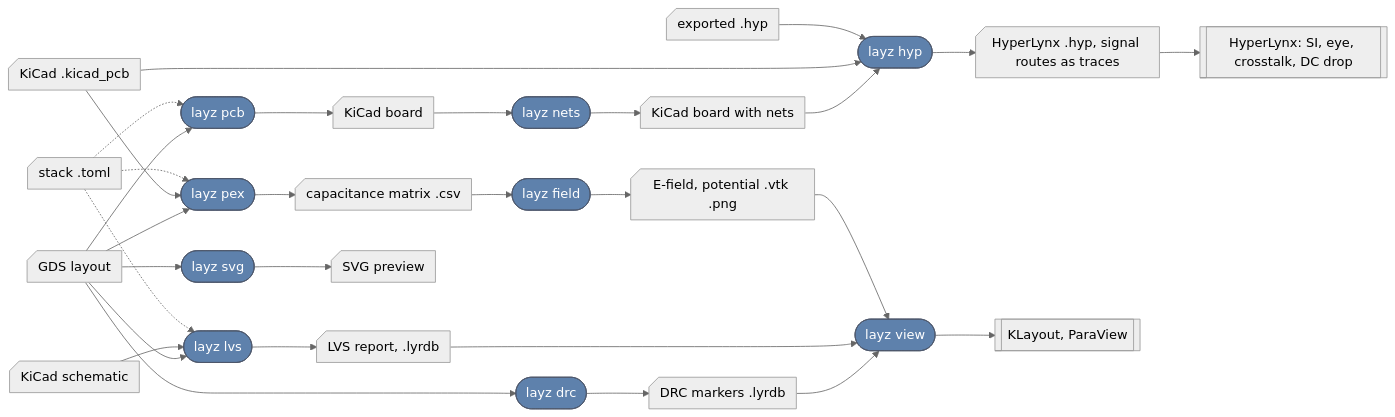
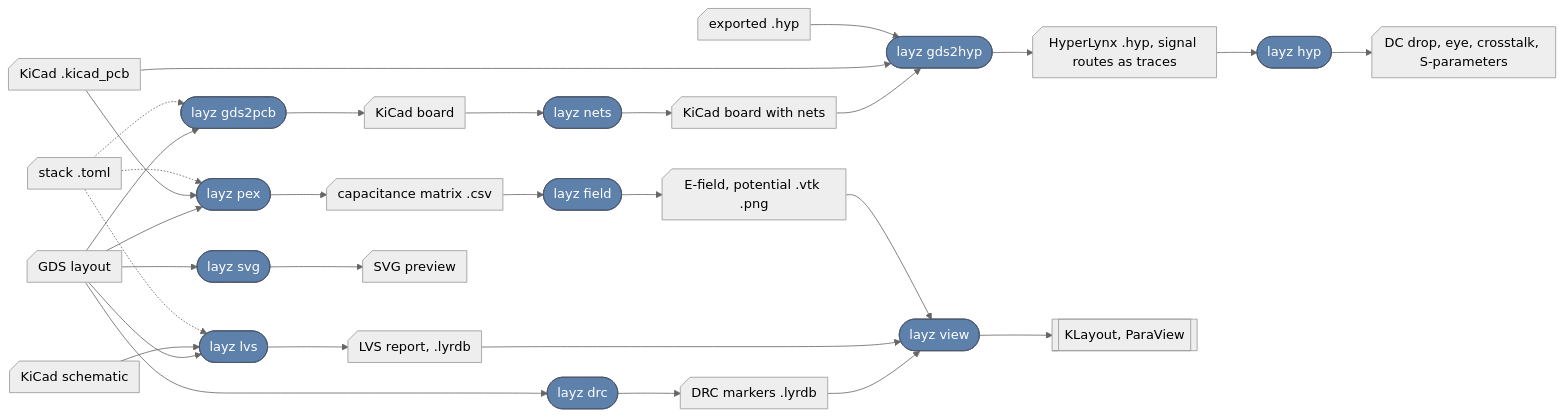
One commit to SiLab-Bonn/layz changed the diagram in readme.md. Above: the diagram before and after it, drawn with Mermaid (neutral theme). The commit also changed other lines of this file and 28 other files, not shown here.

First line of the commit message:
HyperLynx in layz: layz hyp runs a design's targets (setup, info, dc, si, sparams); converters become gds2pcb and gds2hyp

````diff
--- a/readme.md
+++ b/readme.md
@@ -23,42 +24,43 @@
 ```mermaid
 flowchart LR
     gds@{ shape: card, label: "GDS layout" }
     sch@{ shape: card, label: "KiCad schematic" }
     stack@{ shape: card, label: "stack .toml" }
     board@{ shape: card, label: "KiCad .kicad_pcb" }
     exthyp@{ shape: card, label: "exported .hyp" }
 
     drc(["layz drc"])
     lvs(["layz lvs"])
-    pcb(["layz pcb"])
+    pcb(["layz gds2pcb"])
     nets(["layz nets"])
-    hyp(["layz hyp"])
+    hyp(["layz gds2hyp"])
+    hl(["layz hyp"])
     pex(["layz pex"])
     field(["layz field"])
     svg(["layz svg"])
     view(["layz view"])
 
     drcdb@{ shape: card, label: "DRC markers .lyrdb" }
     lvsdb@{ shape: card, label: "LVS report, .lyrdb" }
     kpcb@{ shape: card, label: "KiCad board" }
     kpcb2@{ shape: card, label: "KiCad board with nets" }
     hypf@{ shape: card, label: "HyperLynx .hyp, signal routes as traces" }
     caps@{ shape: card, label: "capacitance matrix .csv" }
     fld@{ shape: card, label: "E-field, potential .vtk .png" }
     svgf@{ shape: card, label: "SVG preview" }
 
     gds --> drc --> drcdb
     gds & sch --> lvs --> lvsdb
     gds --> pcb --> kpcb
     kpcb --> nets --> kpcb2
     kpcb2 & board & exthyp --> hyp --> hypf
-    hypf --> hl[["HyperLynx: SI, eye, crosstalk, DC drop"]]
+    hypf --> hl --> hlres@{ shape: card, label: "DC drop, eye, crosstalk, S-parameters" }
     gds & board --> pex --> caps
     caps --> field --> fld
     drcdb & lvsdb & fld --> view --> tools[["KLayout, ParaView"]]
     gds --> svg --> svgf
     stack -.-> lvs & pcb & pex
 
     classDef cmd fill:#5E81AC,stroke:#4C566A,color:#fff
-    class drc,lvs,pcb,nets,hyp,pex,field,svg,view cmd
+    class drc,lvs,pcb,nets,hyp,hl,pex,field,svg,view cmd
 ```
````
